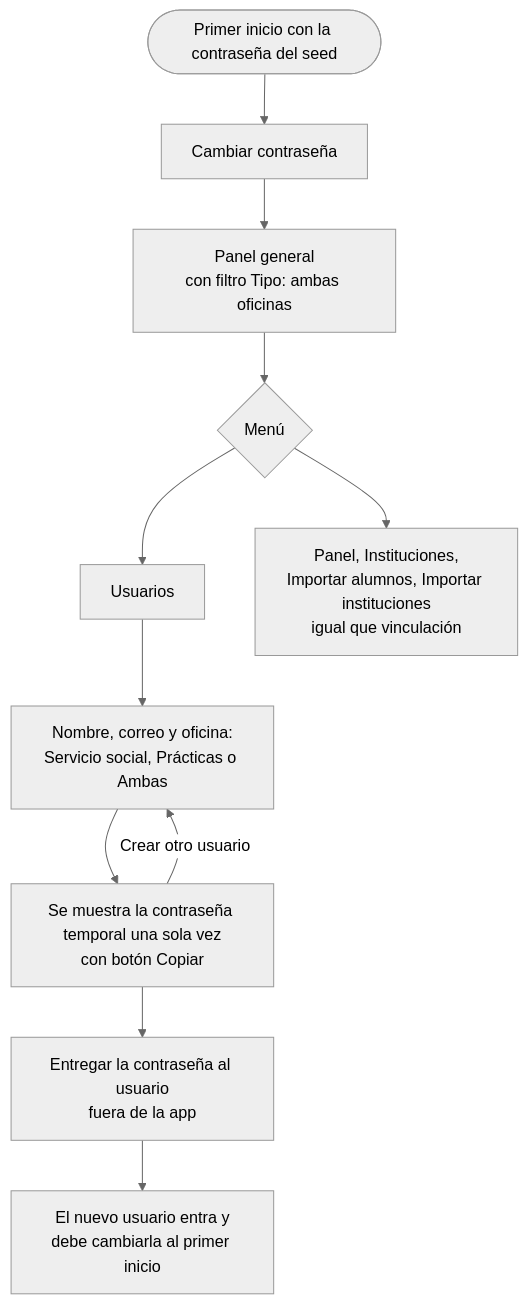
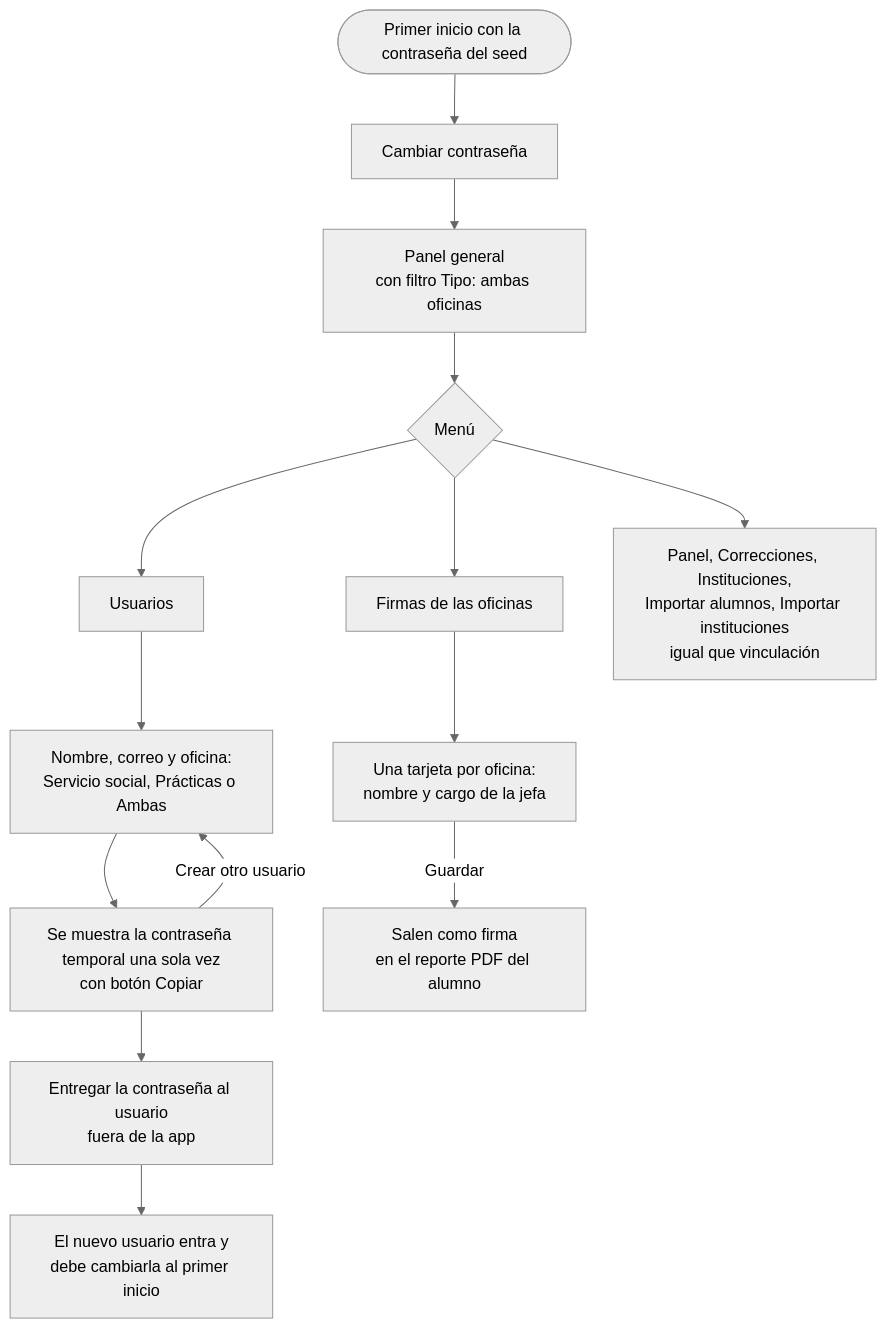
The second of 12 diagrams in docs/flujo-app.md (leslie-garcia801/praxis), drawn with Mermaid (neutral theme) before and after one commit. The commit also changed other lines of this file and 3 other files, not shown here.

Commit message:
docs: update the app flow and the project status to iterations 1-7 and the post-MVP improvements

````diff
--- a/docs/flujo-app.md
+++ b/docs/flujo-app.md
@@ -54,14 +58,18 @@
 ```mermaid
 flowchart TD
     IN([Primer inicio con la contraseña del seed]) --> CC[Cambiar contraseña]
     CC --> P[Panel general<br/>con filtro Tipo: ambas oficinas]
     P --> NAV{Menú}
     NAV --> U[Usuarios]
-    NAV --> OTRAS[Panel, Instituciones,<br/>Importar alumnos, Importar instituciones<br/>igual que vinculación]
+    NAV --> FI[Firmas de las oficinas]
+    NAV --> OTRAS[Panel, Correcciones, Instituciones,<br/>Importar alumnos, Importar instituciones<br/>igual que vinculación]
 
     U --> F[Nombre, correo y oficina:<br/>Servicio social, Prácticas o Ambas]
     F --> R[Se muestra la contraseña temporal una sola vez<br/>con botón Copiar]
     R --> E[Entregar la contraseña al usuario<br/>fuera de la app]
     E --> N[El nuevo usuario entra y<br/>debe cambiarla al primer inicio]
     R -- "Crear otro usuario" --> F
+
+    FI --> FF[Una tarjeta por oficina:<br/>nombre y cargo de la jefa]
+    FF -- Guardar --> FS[Salen como firma<br/>en el reporte PDF del alumno]
 ```
````
